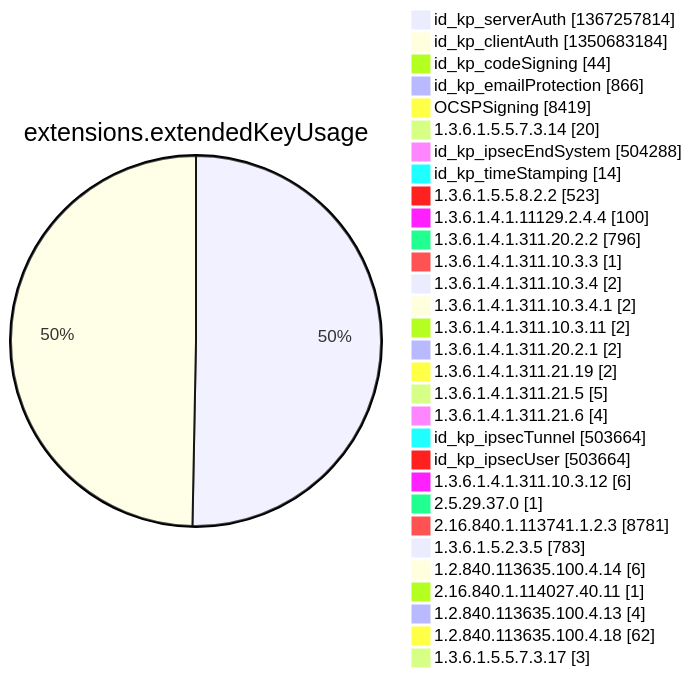
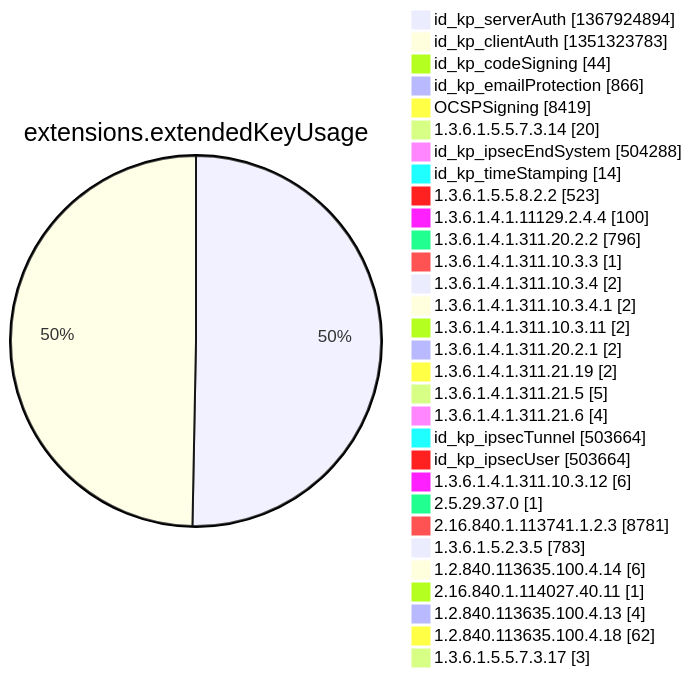
One commit to christiankrug/ctmonitor_visualization changed diagram 12 of 15 in argon2022/README.md. Above: the diagram before and after it, drawn with Mermaid. The commit also changed other lines of this file, not shown here.

````diff
--- a/argon2022/README.md
+++ b/argon2022/README.md
@@ -3553,34 +3553,34 @@
 ```mermaid
 pie showData
 title extensions.extendedKeyUsage
-"id_kp_serverAuth" :1367257814
-"id_kp_clientAuth" :1350683184
+"id_kp_serverAuth" :1367924894
+"id_kp_clientAuth" :1351323783
 "id_kp_codeSigning" :44
 "id_kp_emailProtection" :866
 "OCSPSigning" :8419
 "1.3.6.1.5.5.7.3.14" :20
 "id_kp_ipsecEndSystem" :504288
 "id_kp_timeStamping" :14
 "1.3.6.1.5.5.8.2.2" :523
 "1.3.6.1.4.1.11129.2.4.4" :100
 "1.3.6.1.4.1.311.20.2.2" :796
 "1.3.6.1.4.1.311.10.3.3" :1
 "1.3.6.1.4.1.311.10.3.4" :2
 "1.3.6.1.4.1.311.10.3.4.1" :2
 "1.3.6.1.4.1.311.10.3.11" :2
 "1.3.6.1.4.1.311.20.2.1" :2
 "1.3.6.1.4.1.311.21.19" :2
 "1.3.6.1.4.1.311.21.5" :5
 "1.3.6.1.4.1.311.21.6" :4
 "id_kp_ipsecTunnel" :503664
 "id_kp_ipsecUser" :503664
 "1.3.6.1.4.1.311.10.3.12" :6
 "2.5.29.37.0" :1
 "2.16.840.1.113741.1.2.3" :8781
 "1.3.6.1.5.2.3.5" :783
 "1.2.840.113635.100.4.14" :6
 "2.16.840.1.114027.40.11" :1
 "1.2.840.113635.100.4.13" :4
 "1.2.840.113635.100.4.18" :62
 "1.3.6.1.5.5.7.3.17" :3
 ```
````
